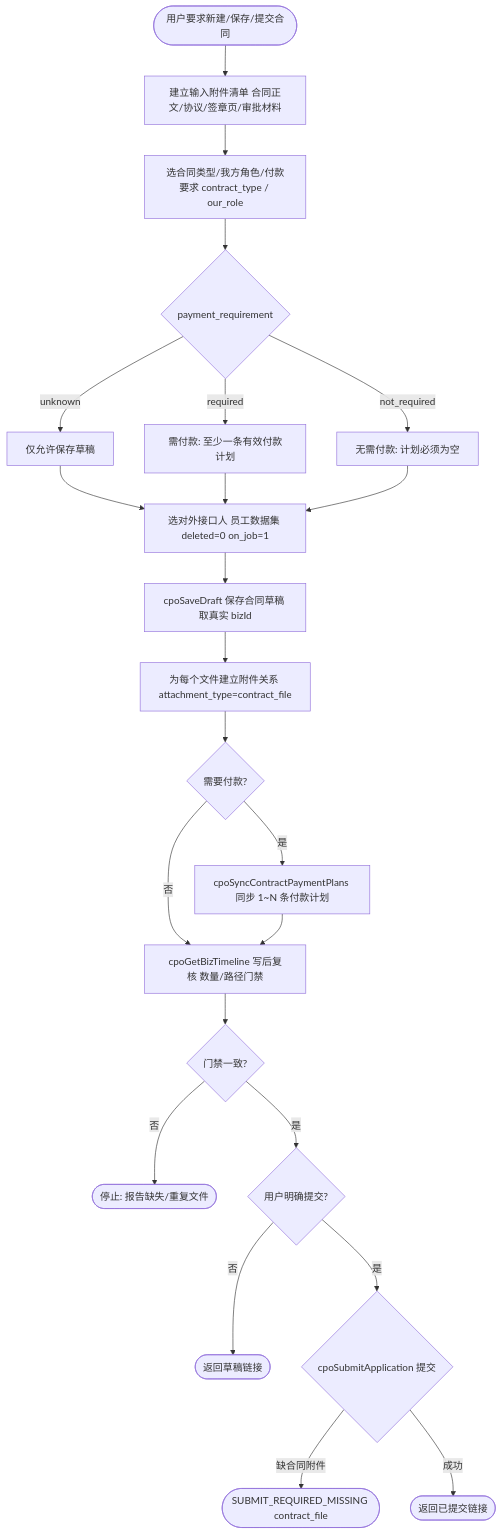
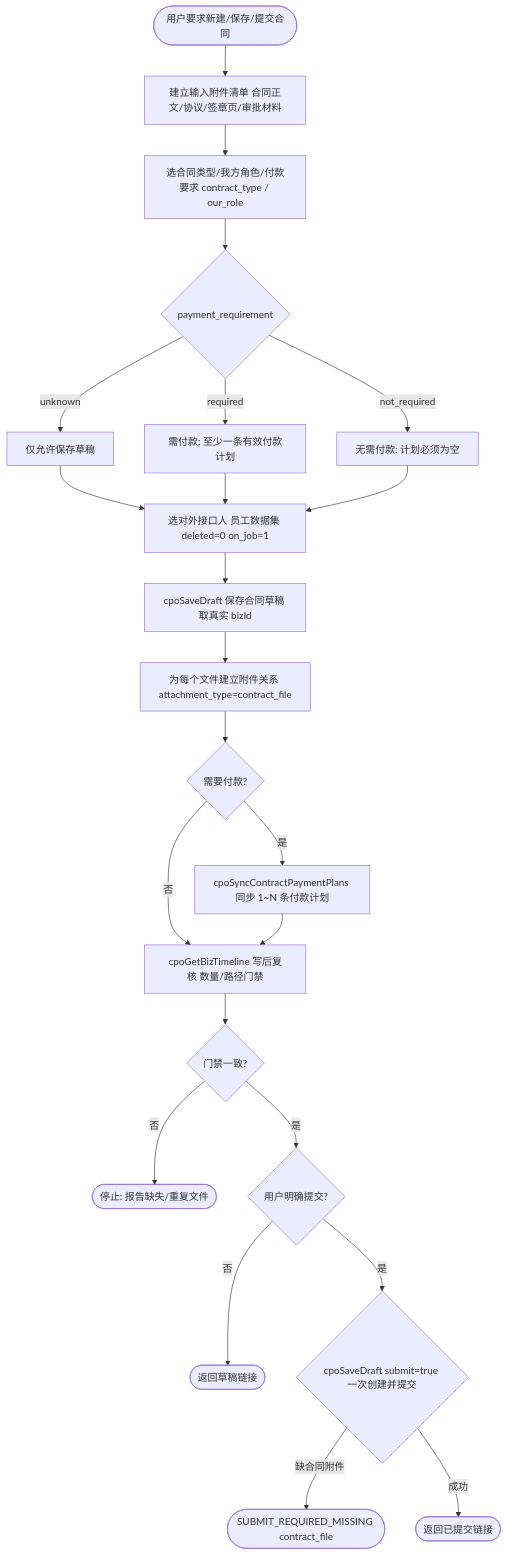
One commit to lovrabet/ei-demo changed the diagram in .agents/skills/cpo-contract-application/SKILL.md. Above: the diagram before and after it, drawn with Mermaid. The commit also changed other lines of this file and 182 other files, not shown here.

First line of the commit message:
feat(审批应用): 统一平台 Flow 与 Policy 权限体系

````diff
--- a/.agents/skills/cpo-contract-application/SKILL.md
+++ b/.agents/skills/cpo-contract-application/SKILL.md
@@ -14,25 +14,25 @@
 ```mermaid
 flowchart TD
   Start([用户要求新建/保存/提交合同]) --> P1[建立输入附件清单 合同正文/协议/签章页/审批材料]
   P1 --> P2[选合同类型/我方角色/付款要求 contract_type / our_role]
   P2 --> P3{payment_requirement}
   P3 -- unknown --> DraftOnly[仅允许保存草稿]
   P3 -- required --> P4a[需付款: 至少一条有效付款计划]
   P3 -- not_required --> P4b[无需付款: 计划必须为空]
   DraftOnly --> L1
   P4a --> L1
   P4b --> L1[选对外接口人 员工数据集 deleted=0 on_job=1]
   L1 --> L2[cpoSaveDraft 保存合同草稿 取真实 bizId]
   L2 --> L3[为每个文件建立附件关系 attachment_type=contract_file]
   L3 --> L4{需要付款?}
   L4 -- 是 --> P5[cpoSyncContractPaymentPlans 同步 1~N 条付款计划]
   L4 -- 否 --> P6
   P5 --> P6[cpoGetBizTimeline 写后复核 数量/路径门禁]
   P6 --> L5{门禁一致?}
   L5 -- 否 --> Stop1([停止: 报告缺失/重复文件])
   L5 -- 是 --> L6{用户明确提交?}
   L6 -- 否 --> E1([返回草稿链接])
-  L6 -- 是 --> L7{cpoSubmitApplication 提交}
+  L6 -- 是 --> L7{cpoSaveDraft submit=true 一次创建并提交}
   L7 -- 缺合同附件 --> Stop2([SUBMIT_REQUIRED_MISSING contract_file])
   L7 -- 成功 --> E2([返回已提交链接])
 ```
````
